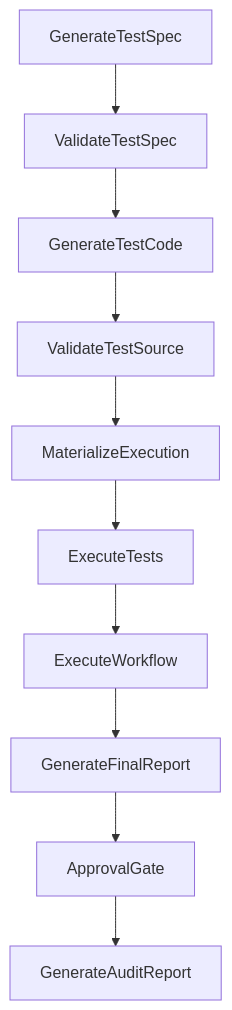
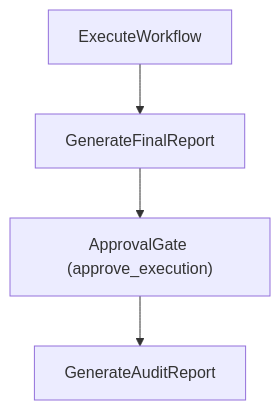
The second of 2 diagrams in docs/architecture/plan-mode.md (Roy-Kid/molexp), drawn with Mermaid before and after one commit. The commit also changed other lines of this file and 193 other files, not shown here.

````diff
--- a/docs/architecture/plan-mode.md
+++ b/docs/architecture/plan-mode.md
@@ -65,12 +89,6 @@
 ```mermaid
 flowchart TD
-    T1["GenerateTestSpec"] --> T2["ValidateTestSpec"]
-    T2 --> T3["GenerateTestCode"]
-    T3 --> T4["ValidateTestSource"]
-    T4 --> T5["MaterializeExecution"]
-    T5 --> T6["ExecuteTests"]
-    T6 --> T7["ExecuteWorkflow"]
-    T7 --> T8["GenerateFinalReport"]
-    T8 --> T9["ApprovalGate"]
-    T9 --> T10["GenerateAuditReport"]
+    T1["ExecuteWorkflow"] --> T2["GenerateFinalReport"]
+    T2 --> T3["ApprovalGate (approve_execution)"]
+    T3 --> T4["GenerateAuditReport"]
 ```
````
